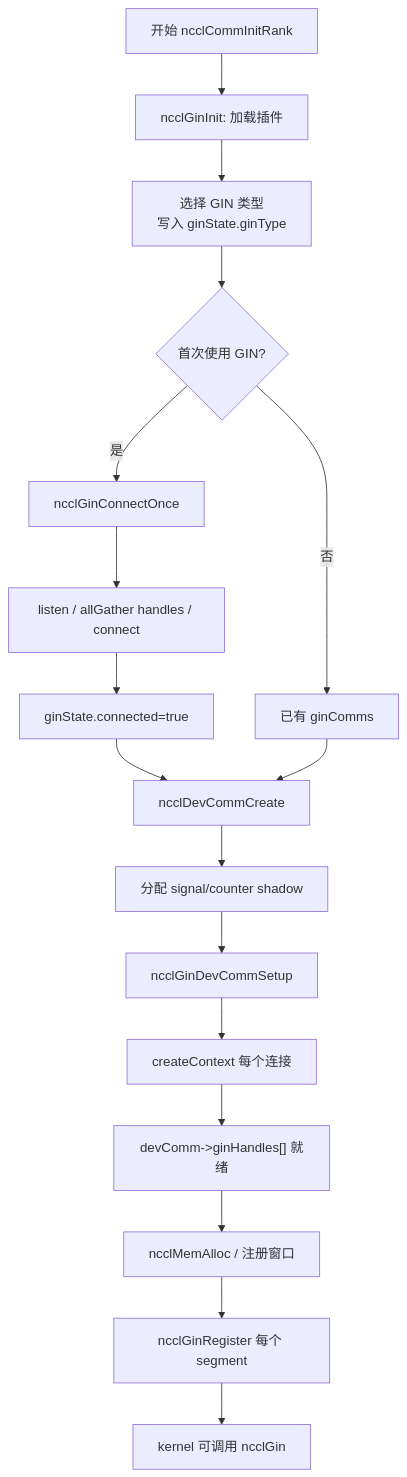
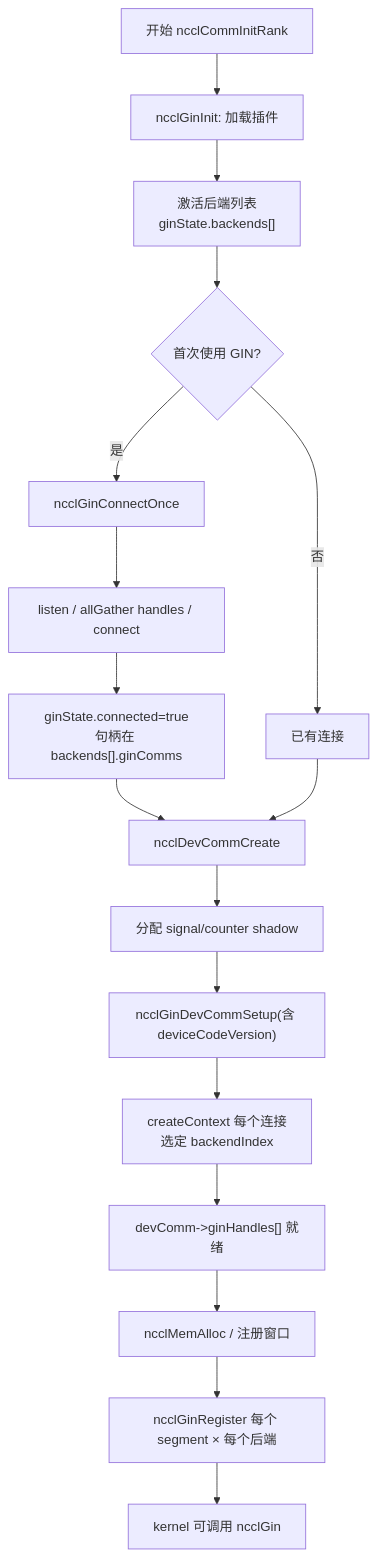
Before and after one commit to s0okiym/DeepEP: the second of 7 diagrams in notes/nccl_gin_internals.md, drawn with Mermaid. The commit also changed other lines of this file, not shown here.

Commit message:
docs(notes): 修订 nccl_gin_internals.md(对齐 NCCL 2.31.2:多后端/EFA GDA/stride 泛化)

````diff
--- a/notes/nccl_gin_internals.md
+++ b/notes/nccl_gin_internals.md
@@ -169,19 +251,19 @@
 ```mermaid
 flowchart TD
     A["开始 ncclCommInitRank"] --> B["ncclGinInit: 加载插件"]
-    B --> C["选择 GIN 类型<br/>写入 ginState.ginType"]
+    B --> C["激活后端列表<br/>ginState.backends[]"]
     C --> D{"首次使用 GIN?"}
     D -->|是| E["ncclGinConnectOnce"]
     E --> F["listen / allGather handles / connect"]
-    F --> G["ginState.connected=true"]
-    D -->|否| H["已有 ginComms"]
+    F --> G["ginState.connected=true<br/>句柄在 backends[].ginComms"]
+    D -->|否| H["已有连接"]
     G --> I["ncclDevCommCreate"]
     H --> I
     I --> J["分配 signal/counter shadow"]
-    J --> K["ncclGinDevCommSetup"]
-    K --> L["createContext 每个连接"]
+    J --> K["ncclGinDevCommSetup(含 deviceCodeVersion)"]
+    K --> L["createContext 每个连接<br/>选定 backendIndex"]
     L --> M["devComm->ginHandles[] 就绪"]
     M --> N["ncclMemAlloc / 注册窗口"]
-    N --> O["ncclGinRegister 每个 segment"]
+    N --> O["ncclGinRegister 每个 segment × 每个后端"]
     O --> P["kernel 可调用 ncclGin"]
 ```
````
